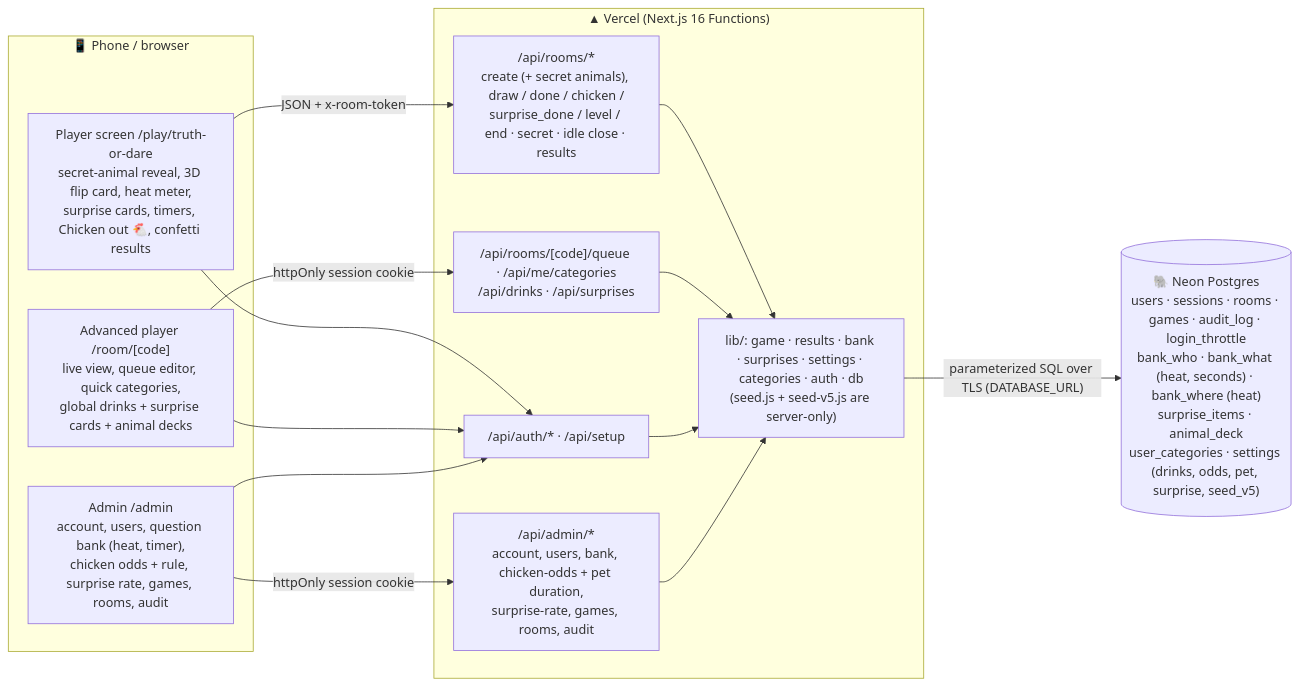
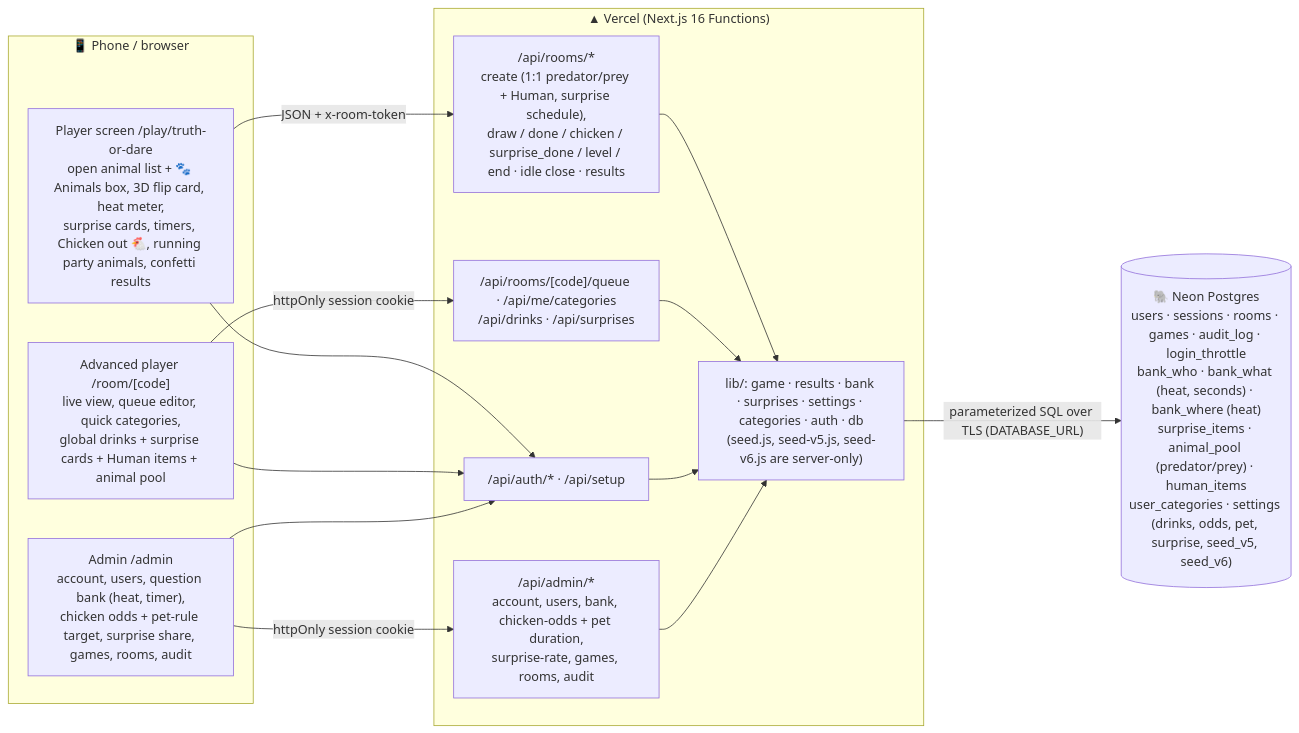
Before and after one commit to chanhinterai-max/party-games: the diagram in ARCHITECTURE.md, drawn with Mermaid. The commit also changed other lines of this file and 23 other files, not shown here.

Commit message:
v6 Party Animal: rename; open 1:1 predator/prey animals (+ Human on odd counts) with reveal list and Animals box; 20-animal pool (min 8 per side); predator+prey Animal Match; Human surprise/truth/dare items; surprises scheduled as a share of total questions; pet-rule targets

````diff
--- a/ARCHITECTURE.md
+++ b/ARCHITECTURE.md
@@ -7,22 +7,22 @@
 ```mermaid
 flowchart LR
   subgraph Browser["📱 Phone / browser"]
-    P["Player screen /play/truth-or-dare<br/>secret-animal reveal, 3D flip card, heat meter,<br/>surprise cards, timers, Chicken out 🐔, confetti results"]
-    A["Advanced player /room/[code]<br/>live view, queue editor, quick categories,<br/>global drinks + surprise cards + animal decks"]
-    D["Admin /admin<br/>account, users, question bank (heat, timer),<br/>chicken odds + rule, surprise rate, games, rooms, audit"]
+    P["Player screen /play/truth-or-dare<br/>open animal list + 🐾 Animals box, 3D flip card, heat meter,<br/>surprise cards, timers, Chicken out 🐔, running party animals, confetti results"]
+    A["Advanced player /room/[code]<br/>live view, queue editor, quick categories,<br/>global drinks + surprise cards + Human items + animal pool"]
+    D["Admin /admin<br/>account, users, question bank (heat, timer),<br/>chicken odds + pet-rule target, surprise share, games, rooms, audit"]
   end
   subgraph Vercel["▲ Vercel (Next.js 16 Functions)"]
-    R1["/api/rooms/*<br/>create (+ secret animals), draw / done / chicken /<br/>surprise_done / level / end · secret · idle close · results"]
+    R1["/api/rooms/*<br/>create (1:1 predator/prey + Human, surprise schedule),<br/>draw / done / chicken / surprise_done / level / end · idle close · results"]
     R2["/api/rooms/[code]/queue · /api/me/categories<br/>/api/drinks · /api/surprises"]
     R3["/api/auth/* · /api/setup"]
     R4["/api/admin/*<br/>account, users, bank, chicken-odds + pet duration,<br/>surprise-rate, games, rooms, audit"]
-    L["lib/: game · results · bank · surprises · settings · categories · auth · db<br/>(seed.js + seed-v5.js are server-only)"]
+    L["lib/: game · results · bank · surprises · settings · categories · auth · db<br/>(seed.js, seed-v5.js, seed-v6.js are server-only)"]
   end
-  DB[("🐘 Neon Postgres<br/>users · sessions · rooms · games · audit_log · login_throttle<br/>bank_who · bank_what (heat, seconds) · bank_where (heat)<br/>surprise_items · animal_deck<br/>user_categories · settings (drinks, odds, pet, surprise, seed_v5)")]
+  DB[("🐘 Neon Postgres<br/>users · sessions · rooms · games · audit_log · login_throttle<br/>bank_who · bank_what (heat, seconds) · bank_where (heat)<br/>surprise_items · animal_pool (predator/prey) · human_items<br/>user_categories · settings (drinks, odds, pet, surprise, seed_v5, seed_v6)")]
   P -- "JSON + x-room-token" --> R1
   A -- "httpOnly session cookie" --> R2
   D -- "httpOnly session cookie" --> R4
   P & A & D --> R3
   R1 & R2 & R3 & R4 --> L
   L -- "parameterized SQL over TLS (DATABASE_URL)" --> DB
 ```
````
